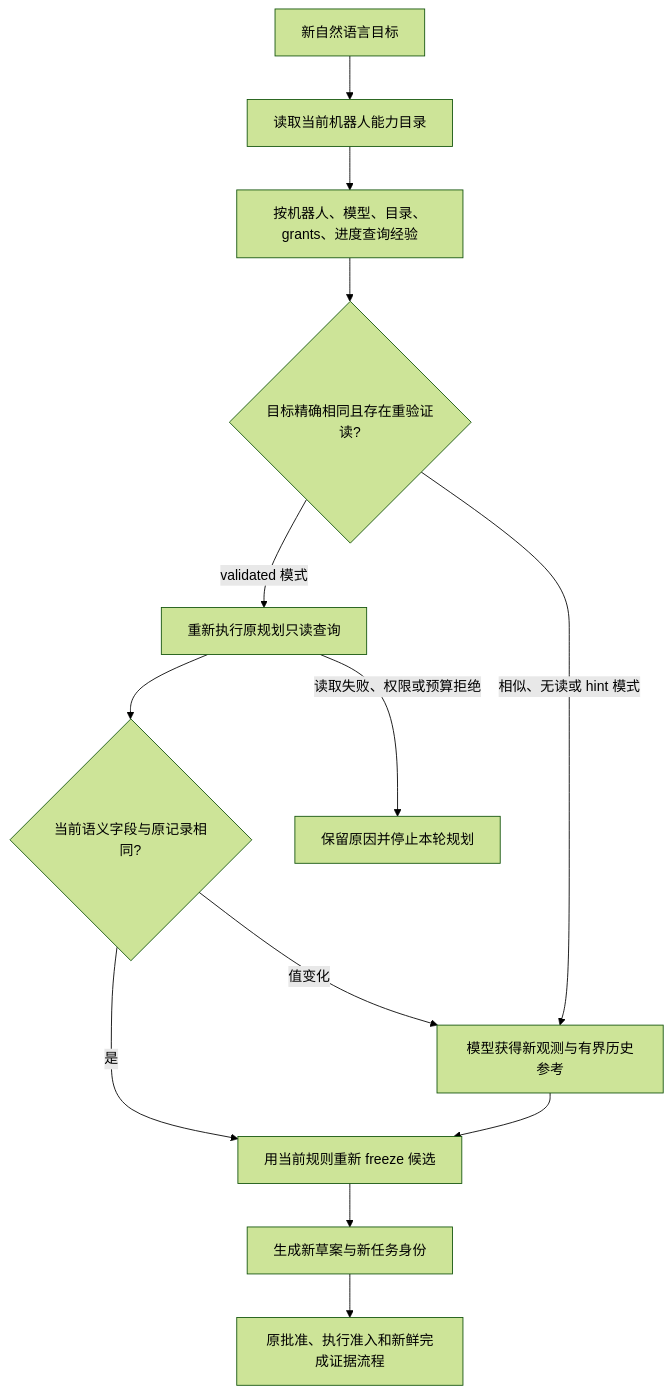
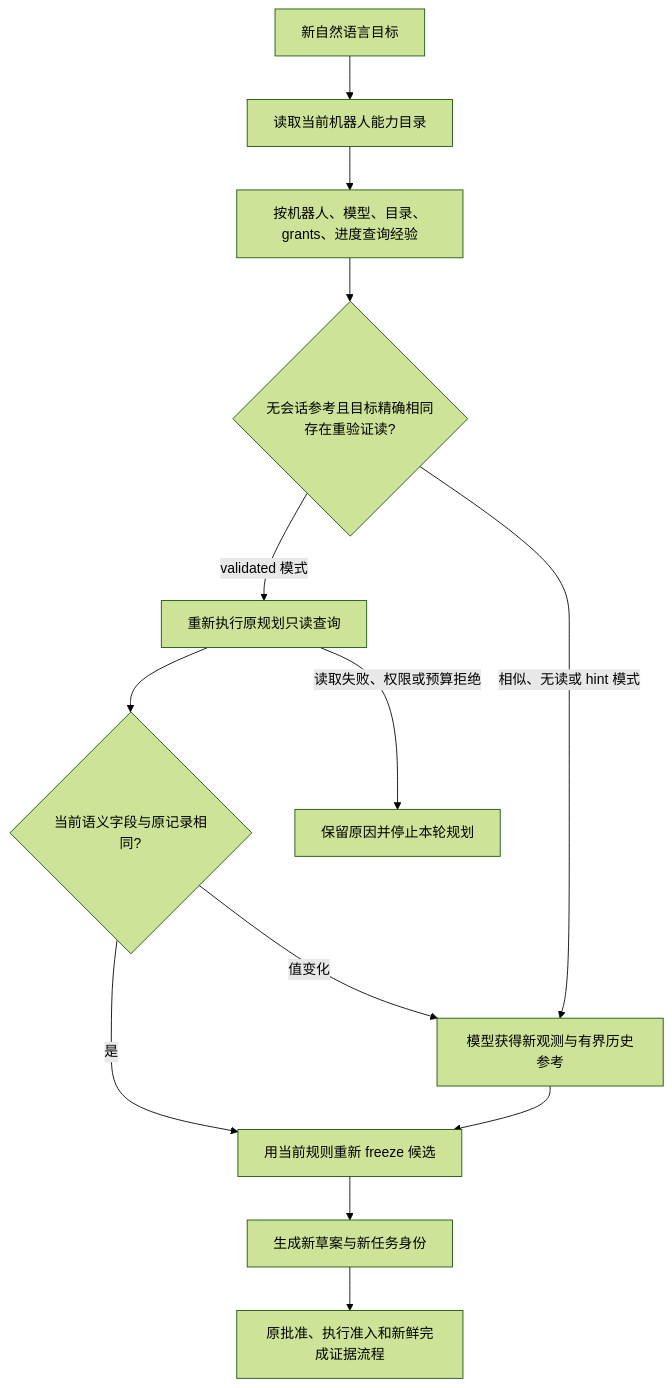
Before and after one commit to SUSTechWLA/tangying-robot-agent-os: the diagram in docs/production/model-cost-and-recipes.md, drawn with Mermaid (forest theme). The commit also changed other lines of this file and 52 other files, not shown here.

````diff
--- a/docs/production/model-cost-and-recipes.md
+++ b/docs/production/model-cost-and-recipes.md
@@ -23,15 +23,15 @@
 ```mermaid
 flowchart TD
     Goal[新自然语言目标] --> Catalog[读取当前机器人能力目录]
     Catalog --> Lookup[按机器人、模型、目录、grants、进度查询经验]
-    Lookup --> Exact{目标精确相同且存在重验证读?}
+    Lookup --> Exact{无会话参考且目标精确相同<br/>存在重验证读?}
     Exact -->|validated 模式| Reads[重新执行原规划只读查询]
     Reads --> Equal{当前语义字段与原记录相同?}
     Equal -->|是| Freeze[用当前规则重新 freeze 候选]
     Freeze --> Draft[生成新草案与新任务身份]
     Equal -->|值变化| Model[模型获得新观测与有界历史参考]
     Exact -->|相似、无读或 hint 模式| Model
     Model --> Freeze
     Reads -->|读取失败、权限或预算拒绝| Stop[保留原因并停止本轮规划]
     Draft --> Approval[原批准、执行准入和新鲜完成证据流程]
 ```
````
